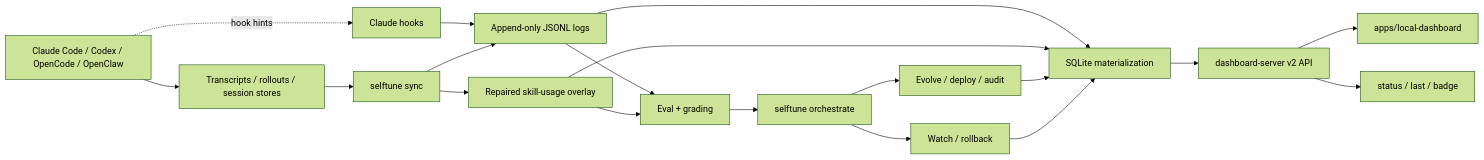
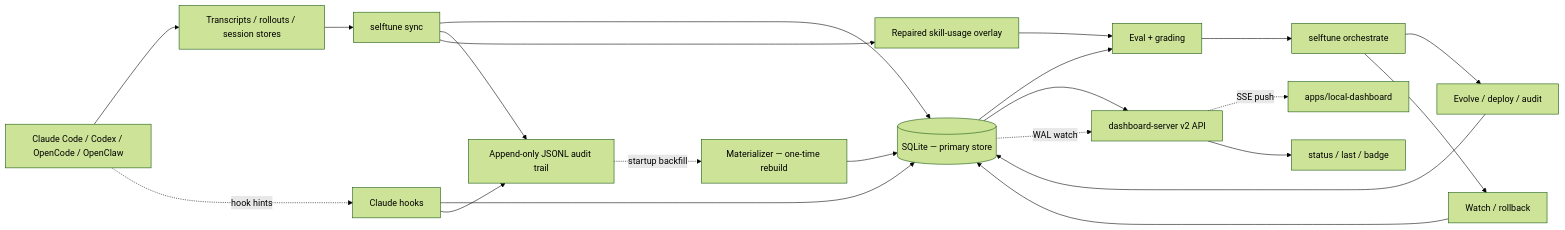
Before and after one commit to selftune-dev/selftune: the first of 5 diagrams in ARCHITECTURE.md, drawn with Mermaid (forest theme). The commit also changed other lines of this file and 114 other files, not shown here.

First line of the commit message:
refactor: dashboard routes, SQLite-first architecture, auto-update (#64)

````diff
--- a/ARCHITECTURE.md
+++ b/ARCHITECTURE.md
@@ -25,25 +25,29 @@
 ```mermaid
 flowchart LR
   Agent[Claude Code / Codex / OpenCode / OpenClaw] --> Sources[Transcripts / rollouts / session stores]
   Agent -. hook hints .-> Hooks[Claude hooks]
 
   Sources --> Sync[selftune sync]
-  Hooks --> Logs[Append-only JSONL logs]
+  Hooks --> SQLite[(SQLite — primary store)]
+  Hooks --> Logs[Append-only JSONL audit trail]
+  Sync --> SQLite
   Sync --> Logs
   Sync --> Repaired[Repaired skill-usage overlay]
 
-  Logs --> Eval[Eval + grading]
+  SQLite --> Eval[Eval + grading]
   Repaired --> Eval
   Eval --> Orchestrate[selftune orchestrate]
   Orchestrate --> Evolution[Evolve / deploy / audit]
   Orchestrate --> Monitoring[Watch / rollback]
 
-  Logs --> LocalDB[SQLite materialization]
-  Repaired --> LocalDB
-  Evolution --> LocalDB
-  Monitoring --> LocalDB
+  Evolution --> SQLite
+  Monitoring --> SQLite
 
-  LocalDB --> API[dashboard-server v2 API]
-  API --> SPA[apps/local-dashboard]
+  Logs -. startup backfill .-> Materializer[Materializer — one-time rebuild]
+  Materializer --> SQLite
+
+  SQLite --> API[dashboard-server v2 API]
+  SQLite -. WAL watch .-> API
+  API -. SSE push .-> SPA[apps/local-dashboard]
   API --> CLI[status / last / badge]
 ```
````
